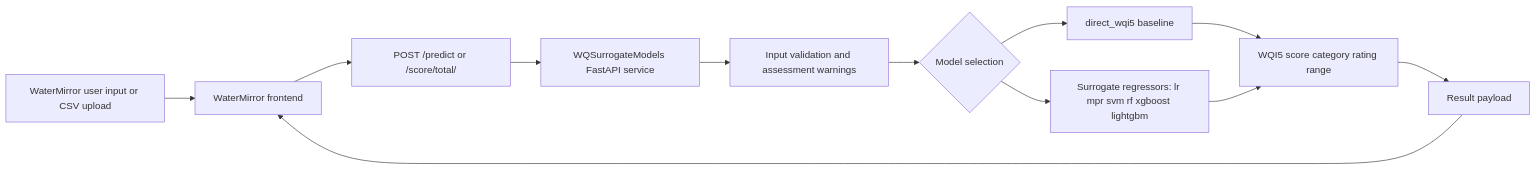
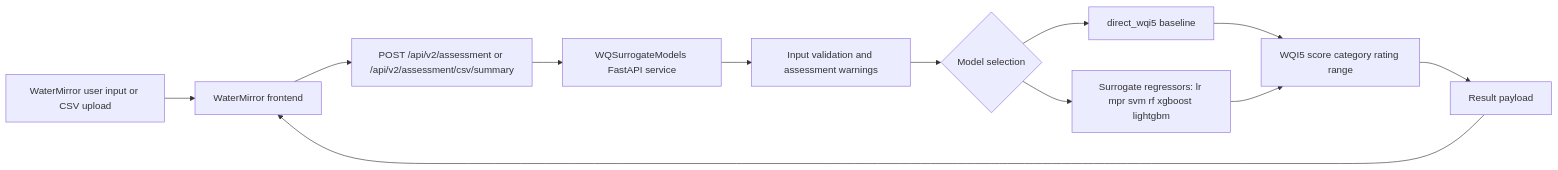
The diagram in README.md (KageRyo/WQSurrogateModels), drawn with Mermaid before and after one commit.

Commit message:
docs: update architecture diagram to reference current v2 endpoints

````diff
--- a/README.md
+++ b/README.md
@@ -21,14 +21,14 @@
 ```mermaid
 flowchart LR
     A[WaterMirror user input or CSV upload] --> B[WaterMirror frontend]
-    B --> C[POST /predict or /score/total/]
+    B --> C[POST /api/v2/assessment or /api/v2/assessment/csv/summary]
     C --> D[WQSurrogateModels FastAPI service]
     D --> E[Input validation and assessment warnings]
     E --> F{Model selection}
     F --> G[direct_wqi5 baseline]
     F --> H[Surrogate regressors: lr mpr svm rf xgboost lightgbm]
     G --> I[WQI5 score category rating range]
     H --> I
     I --> J[Result payload]
     J --> B
 ```
````
